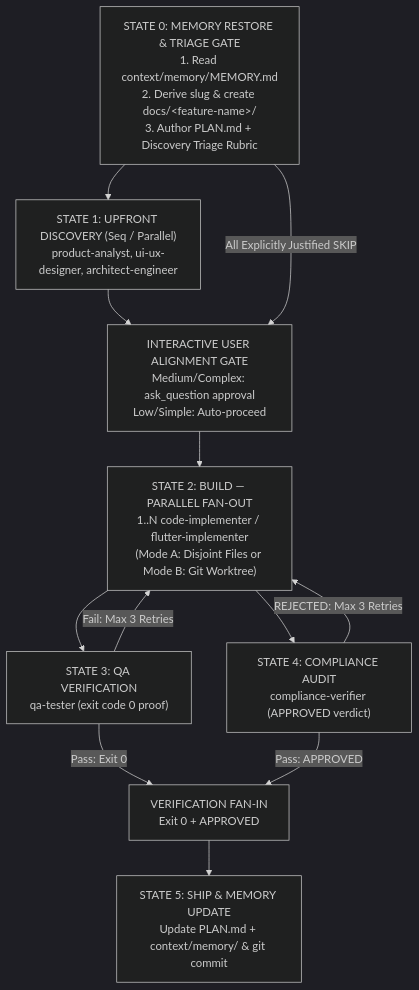
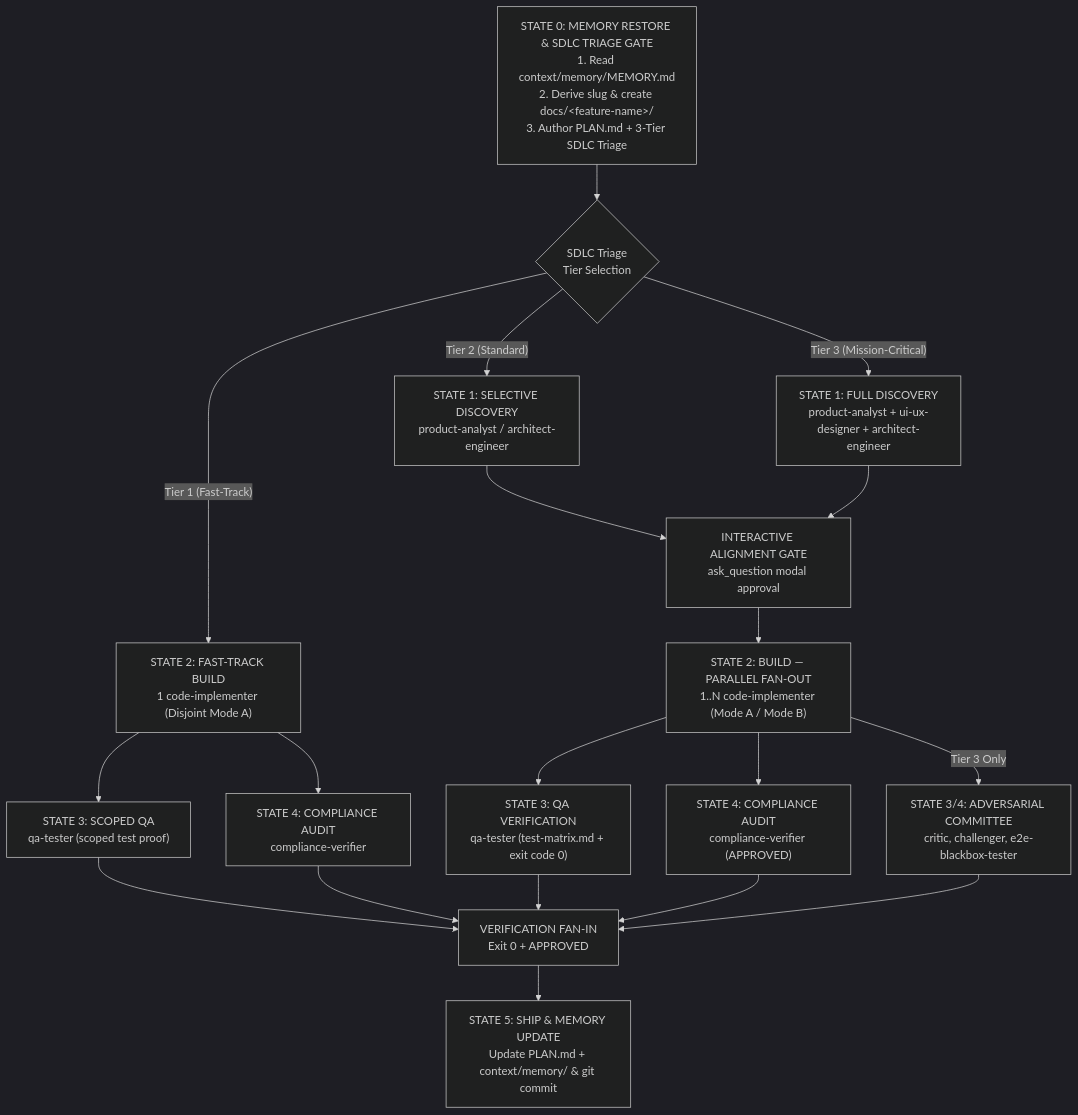
Before and after one commit to jggomez/expert-ai-developer-skills: the diagram in AGENTS.md, drawn with Mermaid (dark theme). The commit also changed other lines of this file and 56 other files, not shown here.

Commit message:
feat: add 3-tier dynamic sdlc, qa test matrix, and adversarial verification committee

````diff
--- a/AGENTS.md
+++ b/AGENTS.md
@@ -25,14 +25,21 @@
 ```mermaid
 flowchart TD
-    STATE0["STATE 0: MEMORY RESTORE & TRIAGE GATE<br/>1. Read context/memory/MEMORY.md<br/>2. Derive slug & create docs/&lt;feature-name&gt;/<br/>3. Author PLAN.md + Discovery Triage Rubric"] --> STATE1["STATE 1: UPFRONT DISCOVERY (Seq / Parallel)<br/>product-analyst, ui-ux-designer, architect-engineer"]
-    STATE1 --> GATE["INTERACTIVE USER ALIGNMENT GATE<br/>Medium/Complex: ask_question approval<br/>Low/Simple: Auto-proceed"]
-    STATE0 -->|"All Explicitly Justified SKIP"| GATE
-    GATE --> STATE2["STATE 2: BUILD — PARALLEL FAN-OUT<br/>1..N code-implementer / flutter-implementer<br/>(Mode A: Disjoint Files or Mode B: Git Worktree)"]
-    STATE2 --> STATE3_4_QA["STATE 3: QA VERIFICATION<br/>qa-tester (exit code 0 proof)"]
-    STATE2 --> STATE3_4_AUDIT["STATE 4: COMPLIANCE AUDIT<br/>compliance-verifier (APPROVED verdict)"]
-    STATE3_4_QA -->|"Fail: Max 3 Retries"| STATE2
-    STATE3_4_AUDIT -->|"REJECTED: Max 3 Retries"| STATE2
-    STATE3_4_QA -->|"Pass: Exit 0"| FAN_IN["VERIFICATION FAN-IN<br/>Exit 0 + APPROVED"]
-    STATE3_4_AUDIT -->|"Pass: APPROVED"| FAN_IN
+    STATE0["STATE 0: MEMORY RESTORE & SDLC TRIAGE GATE<br/>1. Read context/memory/MEMORY.md<br/>2. Derive slug & create docs/&lt;feature-name&gt;/<br/>3. Author PLAN.md + 3-Tier SDLC Triage"] --> ROUTE{"SDLC Triage<br/>Tier Selection"}
+    ROUTE -->|"Tier 1 (Fast-Track)"| STATE2_T1["STATE 2: FAST-TRACK BUILD<br/>1 code-implementer (Disjoint Mode A)"]
+    ROUTE -->|"Tier 2 (Standard)"| STATE1_T2["STATE 1: SELECTIVE DISCOVERY<br/>product-analyst / architect-engineer"]
+    ROUTE -->|"Tier 3 (Mission-Critical)"| STATE1_T3["STATE 1: FULL DISCOVERY<br/>product-analyst + ui-ux-designer + architect-engineer"]
+    STATE1_T2 --> GATE["INTERACTIVE ALIGNMENT GATE<br/>ask_question modal approval"]
+    STATE1_T3 --> GATE
+    GATE --> STATE2["STATE 2: BUILD — PARALLEL FAN-OUT<br/>1..N code-implementer (Mode A / Mode B)"]
+    STATE2_T1 --> STATE3_QA_T1["STATE 3: SCOPED QA<br/>qa-tester (scoped test proof)"]
+    STATE2_T1 --> STATE4_AUDIT_T1["STATE 4: COMPLIANCE AUDIT<br/>compliance-verifier"]
+    STATE2 --> STATE3_QA["STATE 3: QA VERIFICATION<br/>qa-tester (test-matrix.md + exit code 0)"]
+    STATE2 --> STATE4_AUDIT["STATE 4: COMPLIANCE AUDIT<br/>compliance-verifier (APPROVED)"]
+    STATE2 -->|"Tier 3 Only"| STATE3_ADV["STATE 3/4: ADVERSARIAL COMMITTEE<br/>critic, challenger, e2e-blackbox-tester"]
+    STATE3_QA_T1 --> FAN_IN["VERIFICATION FAN-IN<br/>Exit 0 + APPROVED"]
+    STATE4_AUDIT_T1 --> FAN_IN
+    STATE3_QA --> FAN_IN
+    STATE4_AUDIT --> FAN_IN
+    STATE3_ADV --> FAN_IN
     FAN_IN --> STATE5["STATE 5: SHIP & MEMORY UPDATE<br/>Update PLAN.md + context/memory/ & git commit"]
 ```
````
